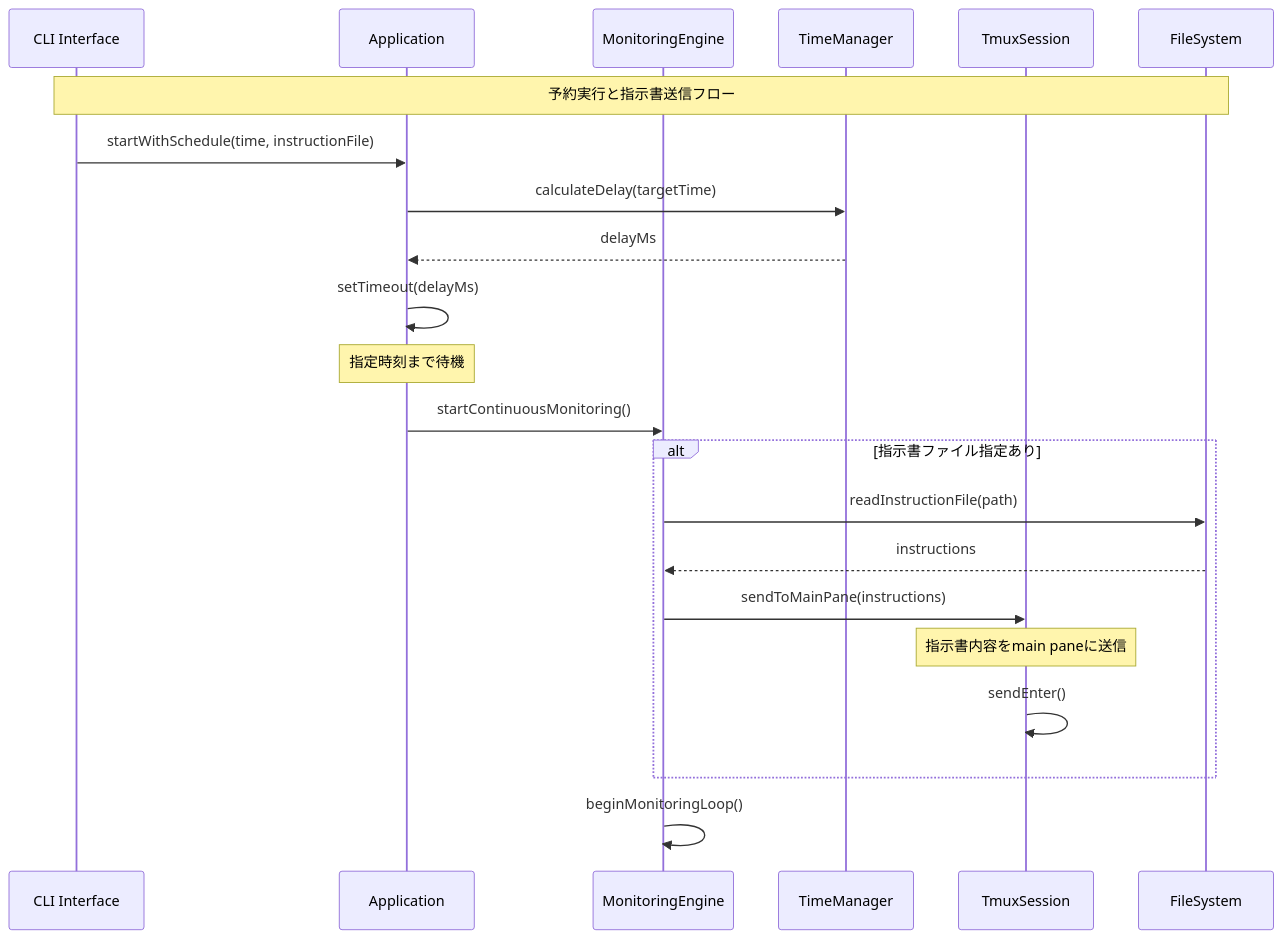
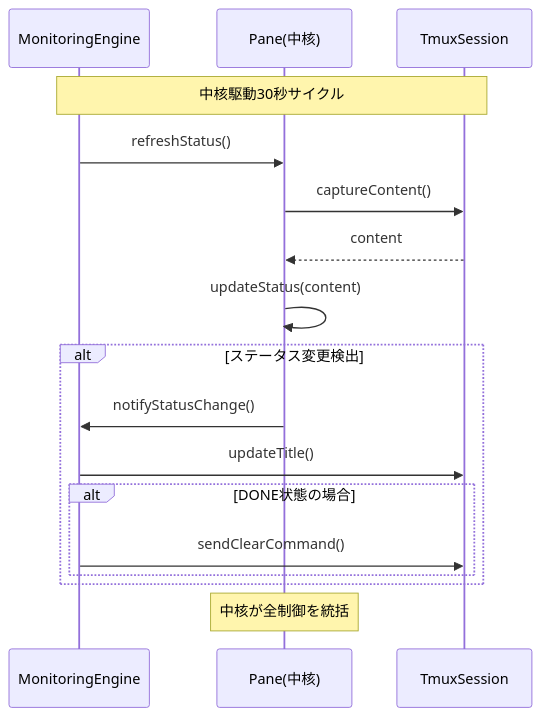
The diagram in docs/domain/architecture.md (tettuan/tmux-monitor), drawn with Mermaid before and after one commit. The commit also changed other lines of this file and 2 other files, not shown here.

````diff
--- a/docs/domain/architecture.md
+++ b/docs/domain/architecture.md
@@ -154,30 +225,24 @@
 ```mermaid
 sequenceDiagram
-    participant CLI as CLI Interface
-    participant App as Application
-    participant ME as MonitoringEngine
-    participant TM as TimeManager
-    participant TS as TmuxSession
-    participant FS as FileSystem
+    participant Engine as MonitoringEngine
+    participant Core as Pane(中核)
+    participant Tmux as TmuxSession
     
-    Note over CLI, FS: 予約実行と指示書送信フロー
+    Note over Engine, Tmux: 中核駆動30秒サイクル
     
-    CLI->>App: startWithSchedule(time, instructionFile)
-    App->>TM: calculateDelay(targetTime)
-    TM-->>App: delayMs
+    Engine->>Core: refreshStatus()
+    Core->>Tmux: captureContent()
+    Tmux-->>Core: content
+    Core->>Core: updateStatus(content)
     
-    App->>App: setTimeout(delayMs)
-    Note over App: 指定時刻まで待機
-    
-    App->>ME: startContinuousMonitoring()
-    
-    alt 指示書ファイル指定あり
-        ME->>FS: readInstructionFile(path)
-        FS-->>ME: instructions
-        ME->>TS: sendToMainPane(instructions)
-        Note over TS: 指示書内容をmain paneに送信
-        TS->>TS: sendEnter()
+    alt ステータス変更検出
+        Core->>Engine: notifyStatusChange()
+        Engine->>Tmux: updateTitle()
+        
+        alt DONE状態の場合
+            Engine->>Tmux: sendClearCommand()
+        end
     end
     
-    ME->>ME: beginMonitoringLoop()
+    Note over Core: 中核が全制御を統括
 ```
````
